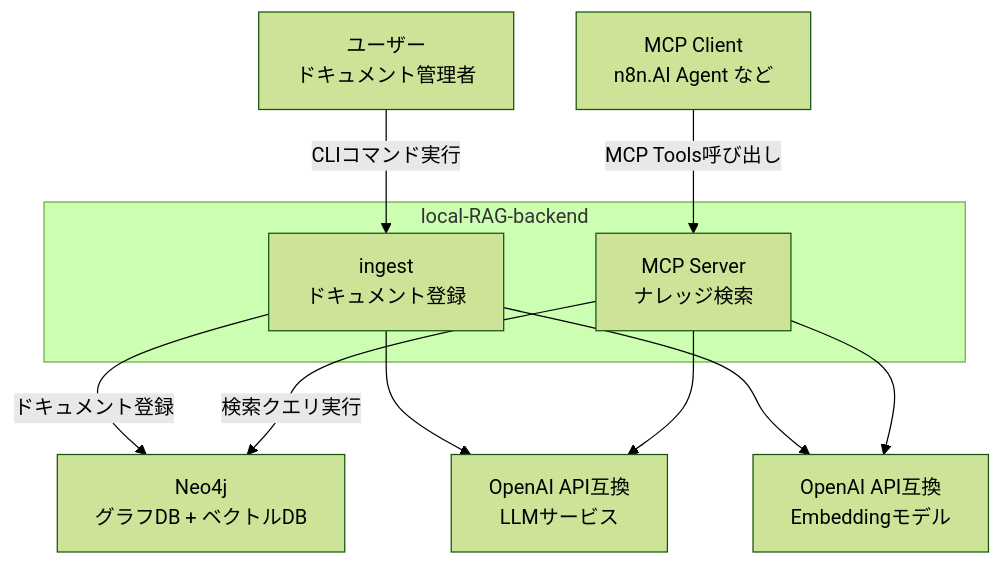
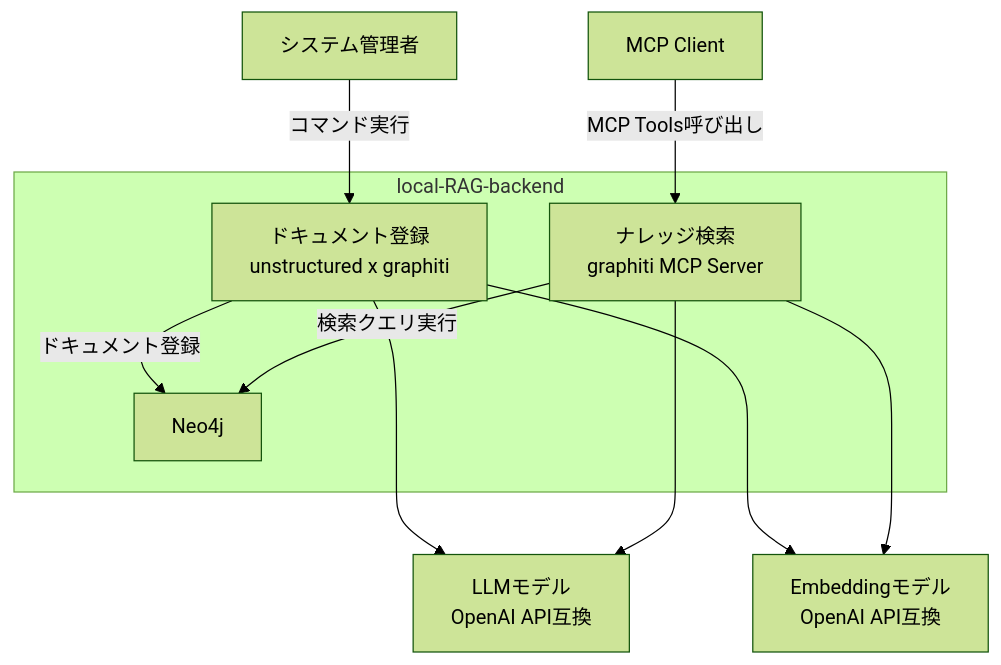
One commit to suwa-sh/local-RAG-backend changed the first of 8 diagrams in DEVELOPER.md. Above: the diagram before and after it, drawn with Mermaid (forest theme). The commit also changed other lines of this file and 3 other files, not shown here.

````diff
--- a/DEVELOPER.md
+++ b/DEVELOPER.md
@@ -9,23 +9,23 @@
 ```mermaid
 graph TB
-    User[ユーザー<br/>ドキュメント管理者]
-    AIAgent[MCP Client<br/>n8n.AI Agent など]
+    User[システム管理者]
+    AIAgent[MCP Client]
 
     subgraph "local-RAG-backend"
-        Ingest[ingest<br/>ドキュメント登録]
-        MCPServer[MCP Server<br/>ナレッジ検索]
+        Ingest[ドキュメント登録<br/>unstructured x graphiti]
+        MCPServer[ナレッジ検索<br/>graphiti MCP Server]
+        Neo4j[Neo4j]
     end
 
-    Neo4j[Neo4j<br/>グラフDB + ベクトルDB]
-    LLM[OpenAI API互換<br/>LLMサービス]
-    Ollama[OpenAI API互換<br/>Embeddingモデル]
+    LLM[LLMモデル<br/>OpenAI API互換]
+    Ollama[Embeddingモデル<br/>OpenAI API互換]
 
-    User -->|CLIコマンド実行| Ingest
+    User -->|コマンド実行| Ingest
     AIAgent -->|MCP Tools呼び出し| MCPServer
     Ingest -->|ドキュメント登録| Neo4j
     MCPServer -->|検索クエリ実行| Neo4j
-    Ingest --> LLM
-    Ingest --> Ollama
-    MCPServer --> LLM
-    MCPServer --> Ollama
+    Ingest ---> LLM
+    Ingest ---> Ollama
+    MCPServer ---> LLM
+    MCPServer ---> Ollama
 ```
````
